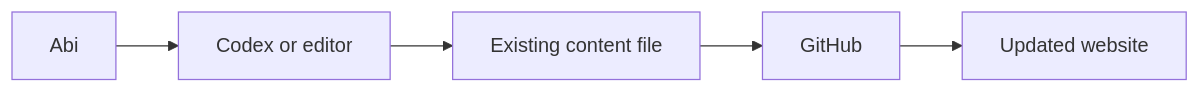
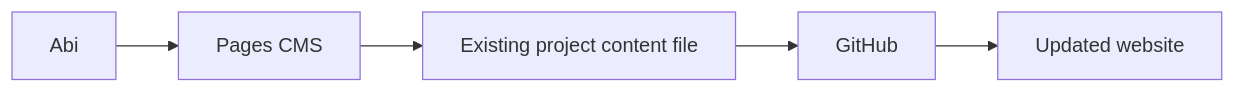
One commit to abicaride/abicaride.com changed the second of 6 diagrams in docs/WORKFLOW.md. Above: the diagram before and after it, drawn with Mermaid. The commit also changed other lines of this file and 5 other files, not shown here.

Commit message:
feat: adopt Pages CMS for projects

````diff
--- a/docs/WORKFLOW.md
+++ b/docs/WORKFLOW.md
@@ -57,7 +57,7 @@
 ```mermaid
 flowchart LR
-    ABI["Abi"] --> EDIT["Codex or editor"]
-    EDIT --> FILE["Existing content file"]
+    ABI["Abi"] --> CMS["Pages CMS"]
+    CMS --> FILE["Existing project content file"]
     FILE --> GIT["GitHub"]
     GIT --> SITE["Updated website"]
 ```
````
